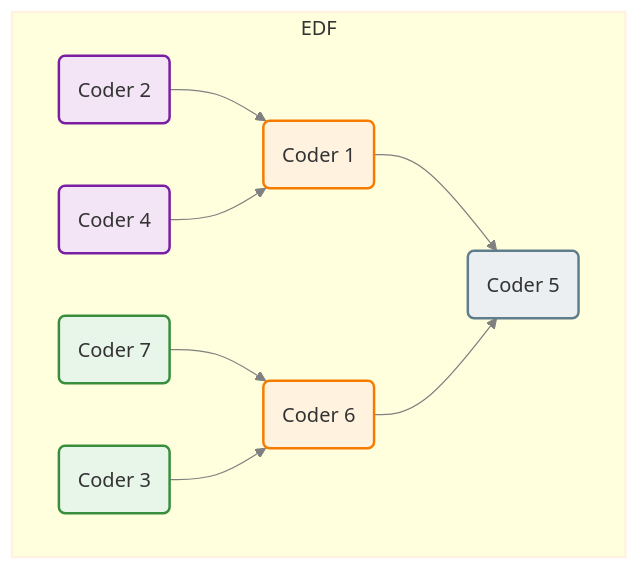
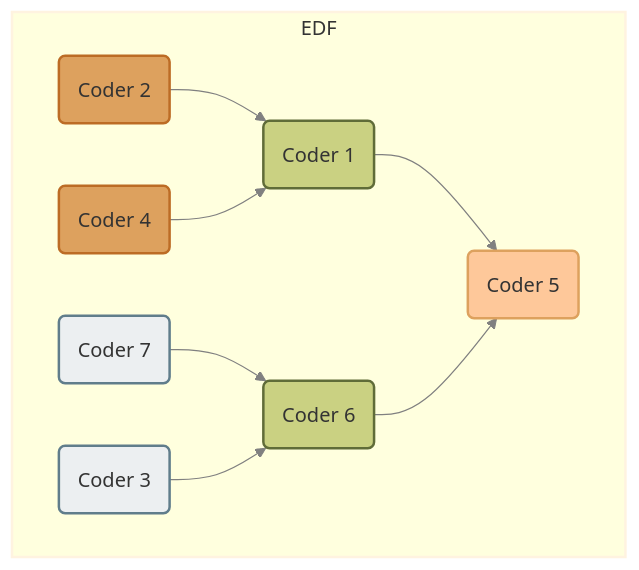
Before and after one commit to noemiepi/Codexion: the fourth of 4 diagrams in README.md, drawn with Mermaid. The commit also changed other lines of this file and 3 other files, not shown here.

````diff
--- a/README.md
+++ b/README.md
@@ -182,26 +188,26 @@
 ```mermaid
 flowchart TD
 
-    classDef start fill:#eceff1,stroke:#607d8b,stroke-width:2px,color:#333;
-    classDef next_level fill:#fff3e0,stroke:#f57c00,stroke-width:2px,color:#333;
-    classDef sub_levels fill:#f3e5f5,stroke:#7b1fa2,stroke-width:2px,color:#333;
-    classDef other_sublevel fill:#e8f5e9,stroke:#388e3c,stroke-width:2px,color:#333;
+    classDef start fill:#fec89a,stroke:#dda15e,stroke-width:2px,color:#333;
+    classDef next_level fill:#cad182,stroke:#606c38,stroke-width:2px,color:#333;
+    classDef sub_levels fill:#dda15e,stroke:#bc6c25,stroke-width:2px,color:#333;
+    classDef other_sublevel fill:#eceff1,stroke:#607d8b,stroke-width:2px,color:#333;
     classDef edf stroke:#fff3e0,stroke-width:2px;
 
     subgraph EDF
     B(Coder 1) --> A(Coder 5)
     C(Coder 6) --> A
     D(Coder 2) --> B
     E(Coder 4) --> B
     F(Coder 7) --> C
     G(Coder 3) --> C
     end
 
     class EDF edf
     class A start
     class B,C next_level
     class D,E sub_levels
     class F,G other_sublevel
 
     linkStyle default stroke:gray;
 ```
````
